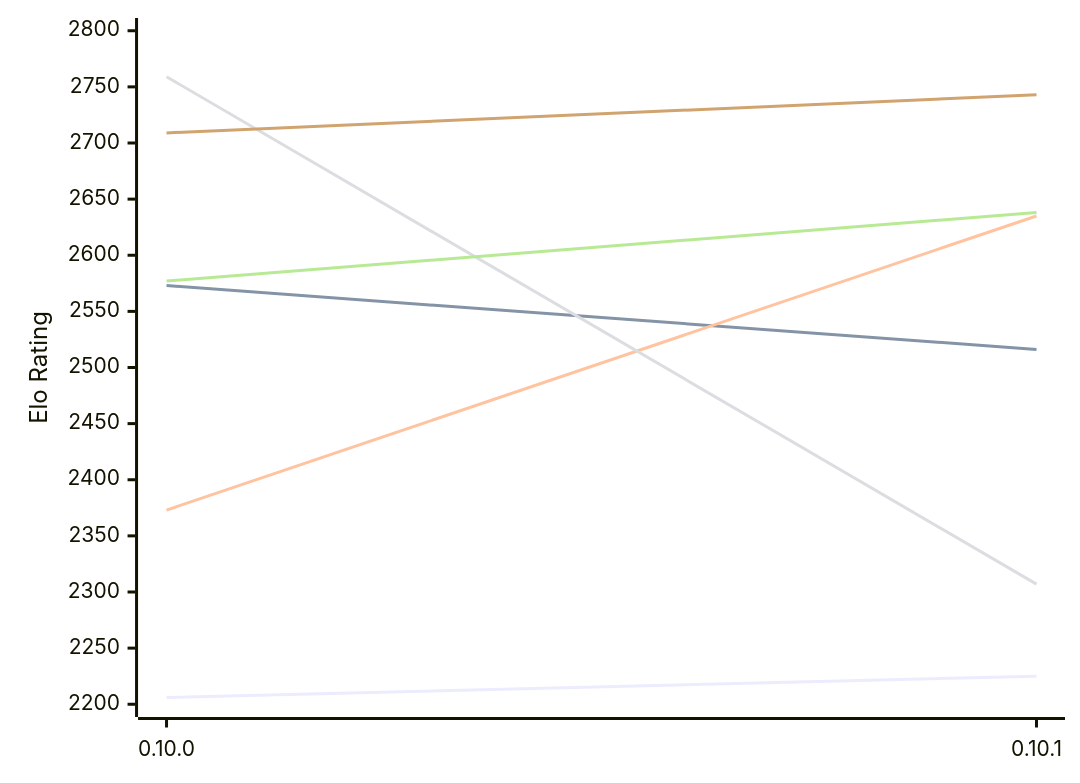
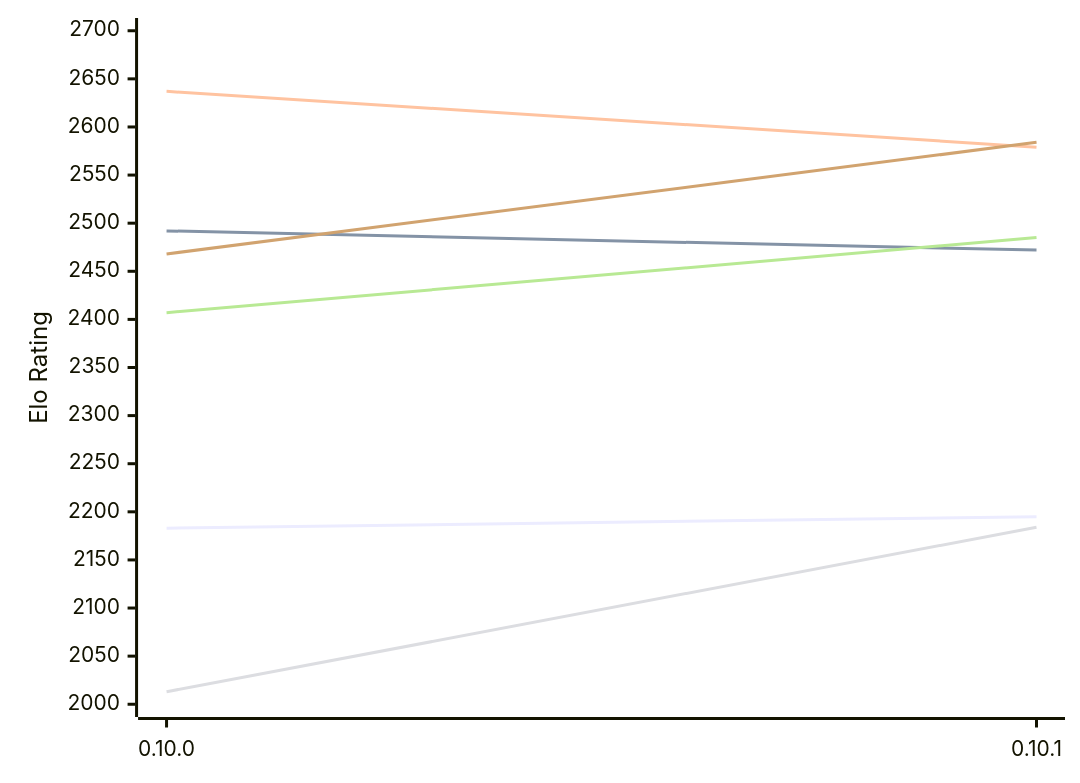
The first of 2 diagrams in engines/Fatalii.md (computer-chess-index/cci), drawn with Mermaid before and after one commit. The commit also changed other lines of this file, not shown here.

Commit message:
Update CCI Ratings (ELO VLTC) - 2026-11-13

````diff
--- a/engines/Fatalii.md
+++ b/engines/Fatalii.md
@@ -50,12 +50,12 @@
 ```mermaid
 %%{init: {"theme":"base","themeVariables":{"seriesColors:['#a3a3a3','#222221','#faa371']}}}%%
 xychart-beta
   x-axis ["0.10.0", "0.10.1"]
-  y-axis "Elo Rating" 2200 --> 2800
-  line "E1: STC (8.0+0.08s)" [2206, 2225]
-  line "E1: LTC (60.0+0.60s)" [2573, 2516]
-  line "E1: VLTC (2m24s+1.12s)" [2373, 2635]
-  line "P1: STC (8.0+0.08s)" [2759, 2307]
-  line "P1: LTC (60.0+0.60s)" [2577, 2638]
-  line "P1: VLTC (2m24s+1.12s)" [2709, 2743]
+  y-axis "Elo Rating" 2000 --> 2700
+  line "E1: STC (8.0+0.08s)" [2183, 2195]
+  line "E1: LTC (60.0+0.60s)" [2492, 2472]
+  line "E1: VLTC (2m24s+1.12s)" [2637, 2579]
+  line "P1: STC (8.0+0.08s)" [2013, 2184]
+  line "P1: LTC (60.0+0.60s)" [2407, 2485]
+  line "P1: VLTC (2m24s+1.12s)" [2468, 2584]
 ```
````
